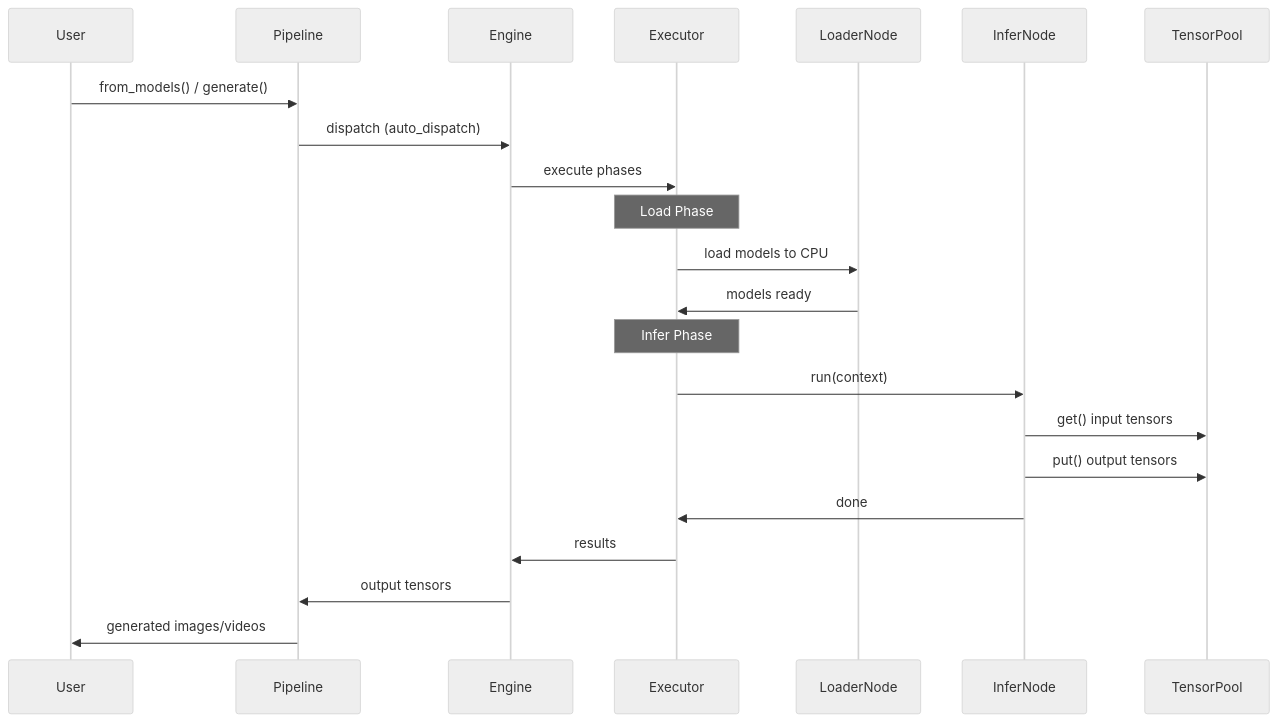
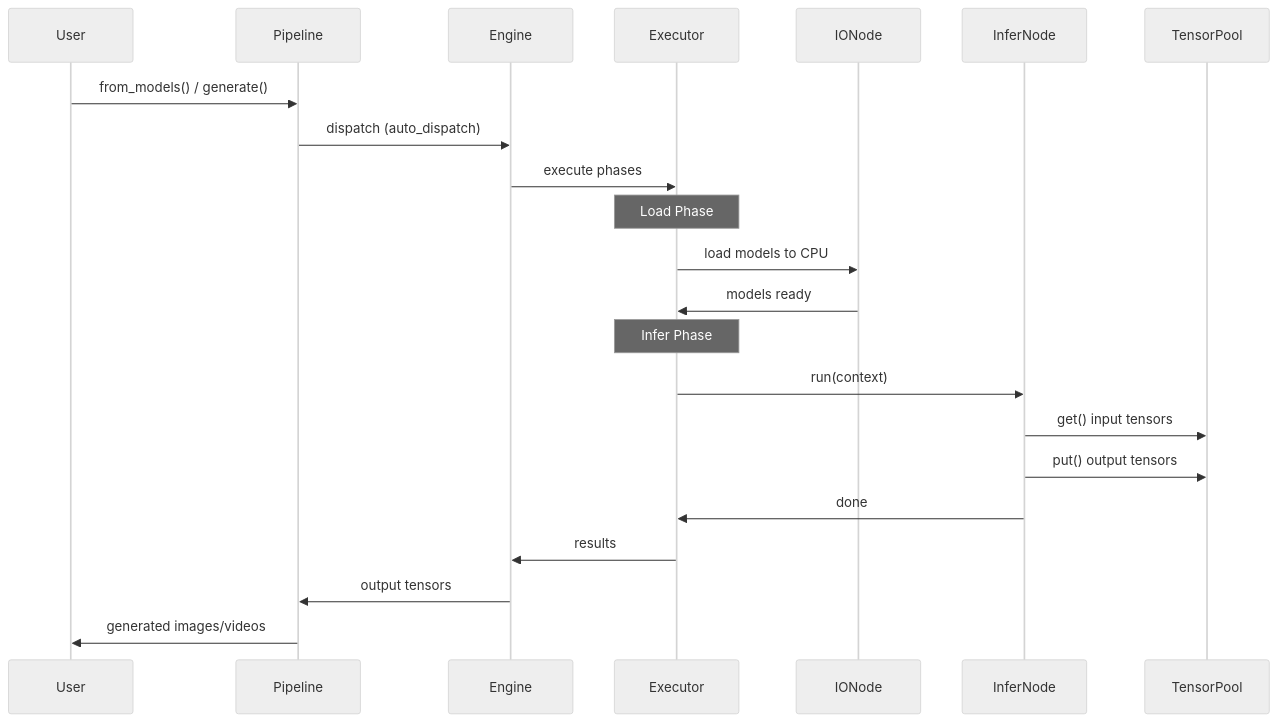
One commit to Tencent/KsanaDiT changed the second of 2 diagrams in docs/architecture.md. Above: the diagram before and after it, drawn with Mermaid (neutral theme). The commit also changed other lines of this file and 55 other files, not shown here.

````diff
--- a/docs/architecture.md
+++ b/docs/architecture.md
@@ -132,28 +132,28 @@
 ```mermaid
 sequenceDiagram
     participant User
     participant Pipeline
     participant Engine
     participant Executor
-    participant LoaderNode
+    participant IONode
     participant InferNode
     participant TensorPool
 
     User->>Pipeline: from_models() / generate()
     Pipeline->>Engine: dispatch (auto_dispatch)
     Engine->>Executor: execute phases
 
     Note over Executor: Load Phase
-    Executor->>LoaderNode: load models to CPU
-    LoaderNode->>Executor: models ready
+    Executor->>IONode: load models to CPU
+    IONode->>Executor: models ready
 
     Note over Executor: Infer Phase
     Executor->>InferNode: run(context)
     InferNode->>TensorPool: get() input tensors
     InferNode->>TensorPool: put() output tensors
     InferNode->>Executor: done
 
     Executor->>Engine: results
     Engine->>Pipeline: output tensors
     Pipeline->>User: generated images/videos
 ```
````
